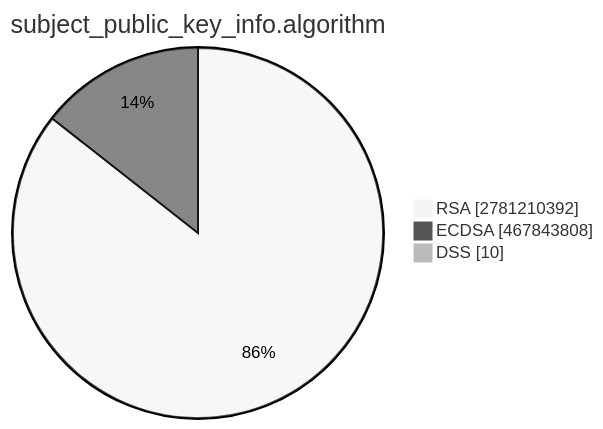
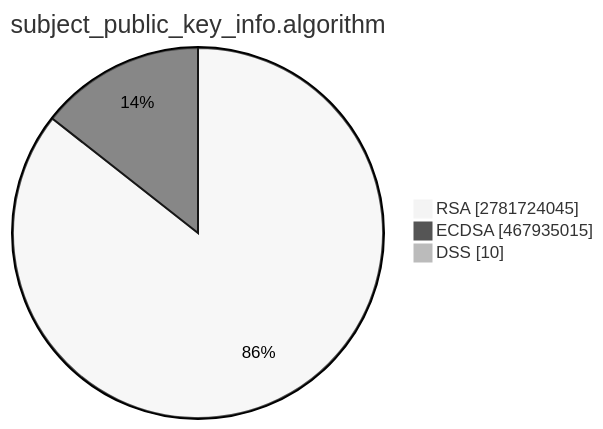
One commit to christiankrug/ctmonitor_visualization changed the second of 15 diagrams in TOTAL/README.md. Above: the diagram before and after it, drawn with Mermaid (neutral theme). The commit also changed other lines of this file, not shown here.

````diff
--- a/TOTAL/README.md
+++ b/TOTAL/README.md
@@ -6,7 +6,7 @@
 ```mermaid
 pie showData
 title subject_public_key_info.algorithm
-"RSA" :2781210392
-"ECDSA" :467843808
+"RSA" :2781724045
+"ECDSA" :467935015
 "DSS" :10
 ```
````
